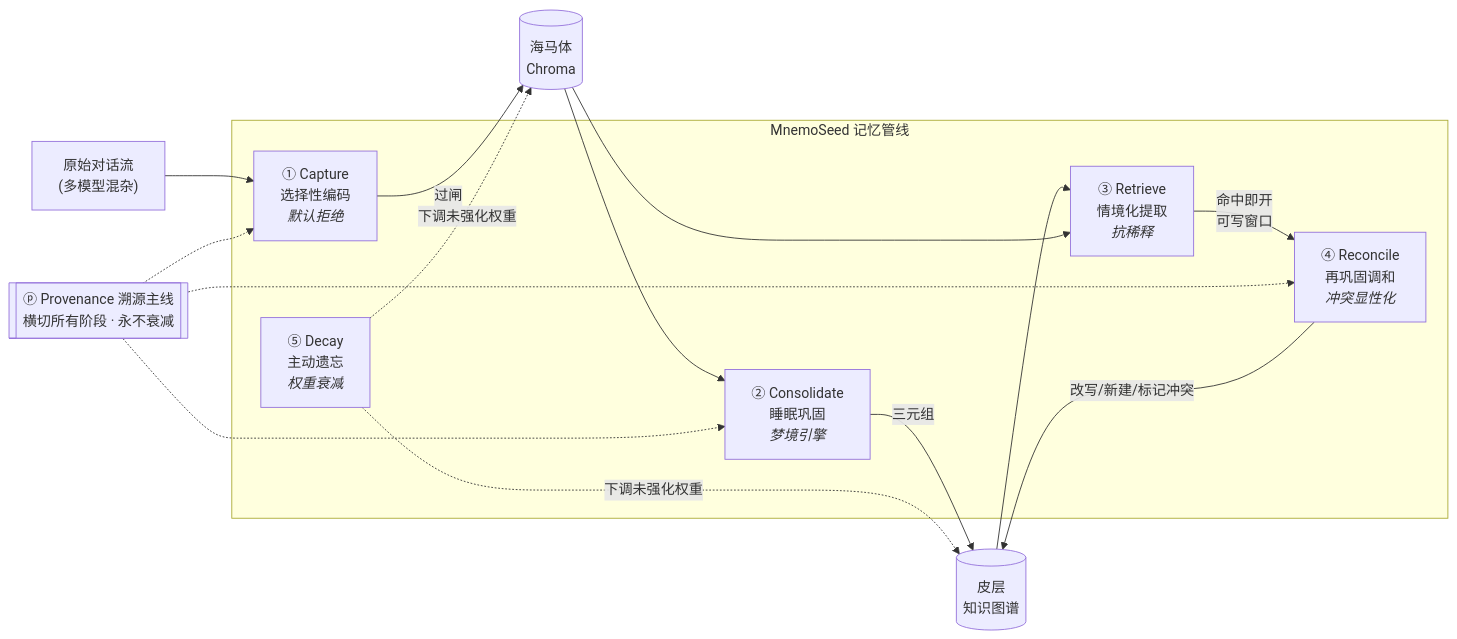
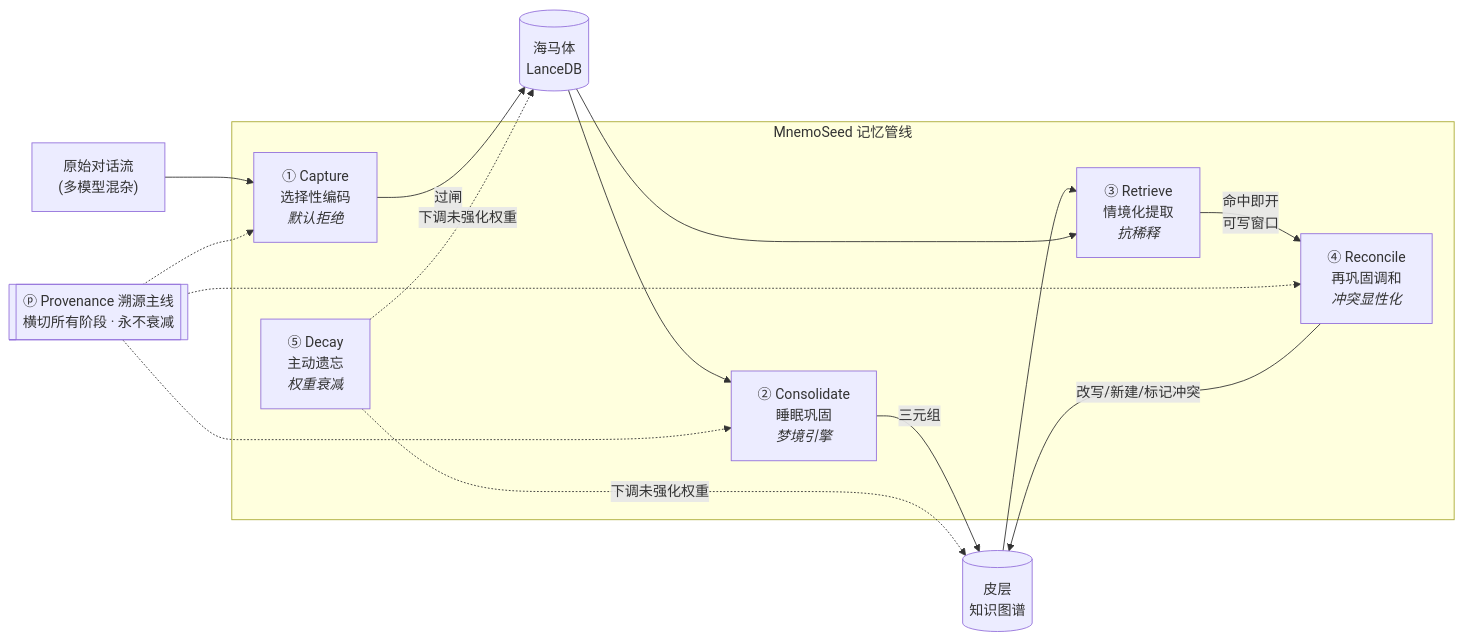
Before and after one commit to MnemoSeed/mnemoseed: the first of 7 diagrams in docs/design/01-记忆管线五阶段.md, drawn with Mermaid. The commit also changed other lines of this file and 3 other files, not shown here.

````diff
--- a/docs/design/01-记忆管线五阶段.md
+++ b/docs/design/01-记忆管线五阶段.md
@@ -9,23 +9,23 @@
 ```mermaid
 flowchart LR
     Raw["原始对话流<br/>(多模型混杂)"] --> S1
     subgraph Pipeline["MnemoSeed 记忆管线"]
         S1["① Capture<br/>选择性编码<br/><i>默认拒绝</i>"]
         S2["② Consolidate<br/>睡眠巩固<br/><i>梦境引擎</i>"]
         S3["③ Retrieve<br/>情境化提取<br/><i>抗稀释</i>"]
         S4["④ Reconcile<br/>再巩固调和<br/><i>冲突显性化</i>"]
         S5["⑤ Decay<br/>主动遗忘<br/><i>权重衰减</i>"]
     end
-    S1 -->|"过闸"| Hot[("海马体<br/>Chroma")]
+    S1 -->|"过闸"| Hot[("海马体<br/>LanceDB")]
     S2 -->|"三元组"| Cold[("皮层<br/>知识图谱")]
     Hot --> S2
     Cold --> S3
     Hot --> S3
     S3 -->|"命中即开<br/>可写窗口"| S4
     S4 -->|"改写/新建/标记冲突"| Cold
     S5 -.->|"下调未强化权重"| Cold
     S5 -.->|"下调未强化权重"| Hot
     Prov[["ⓟ Provenance 溯源主线<br/>横切所有阶段 · 永不衰减"]] -.-> S1
     Prov -.-> S2
     Prov -.-> S4
 ```
````
